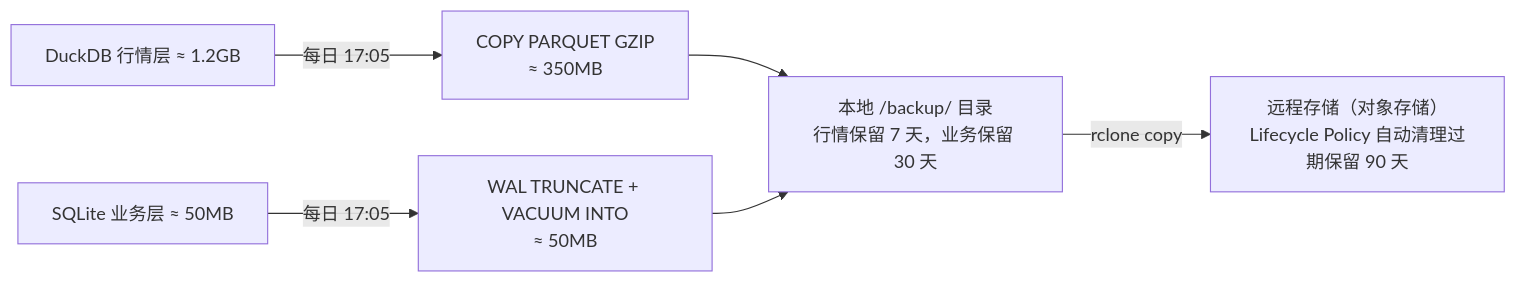
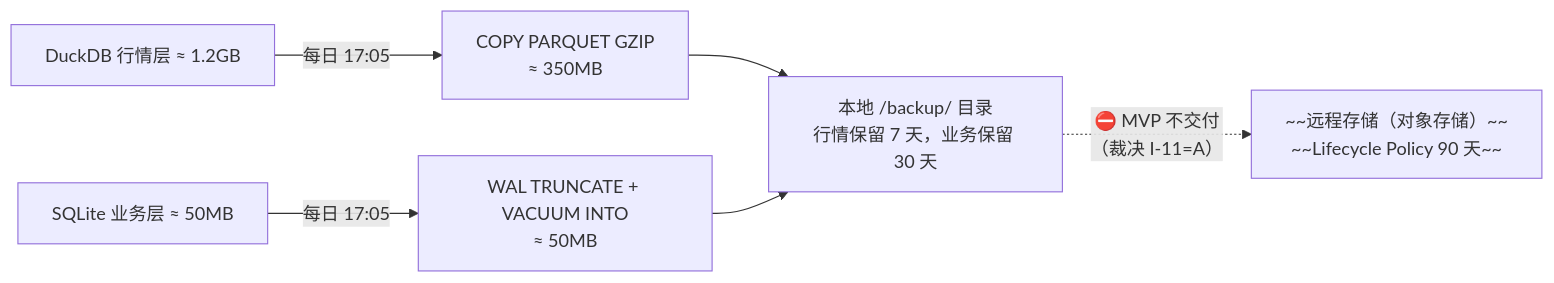
One commit to skytreat/InvestAssistantMVP changed diagram 11 of 15 in docs/client/SDD.md. Above: the diagram before and after it, drawn with Mermaid. The commit also changed other lines of this file and 2 other files, not shown here.

First line of the commit message:
docs: 落地 I-11 裁决 A —— MVP 不交付远程备份

````diff
--- a/docs/client/SDD.md
+++ b/docs/client/SDD.md
@@ -2280,8 +2280,8 @@
 ```mermaid
 graph LR
     A["DuckDB 行情层 ≈ 1.2GB"] -->|每日 17:05| B["COPY PARQUET GZIP<br/>≈ 350MB"]
     C["SQLite 业务层 ≈ 50MB"] -->|每日 17:05| D["WAL TRUNCATE + VACUUM INTO<br/>≈ 50MB"]
     B --> E["本地 /backup/ 目录<br/>行情保留 7 天，业务保留 30 天"]
     D --> E
-    E -->|rclone copy| F["远程存储（对象存储）<br/>Lifecycle Policy 自动清理过期保留 90 天"]
+    E -.->|"⛔ MVP 不交付<br/>（裁决 I-11=A）"| F["~~远程存储（对象存储）~~<br/>~~Lifecycle Policy 90 天~~"]
 ```
````
